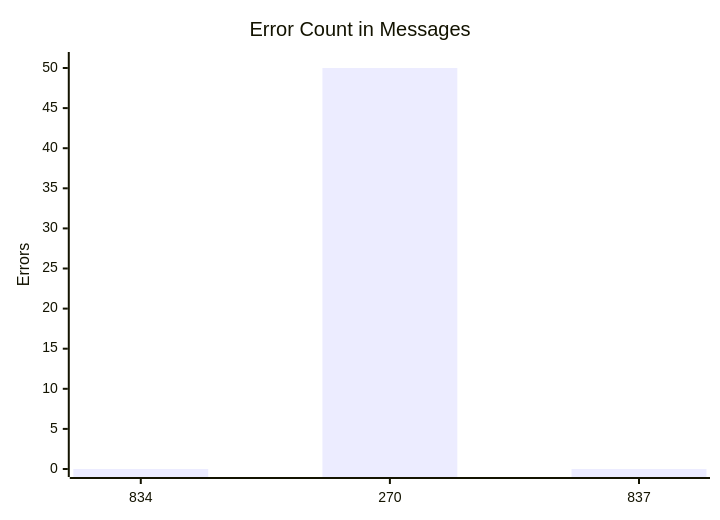
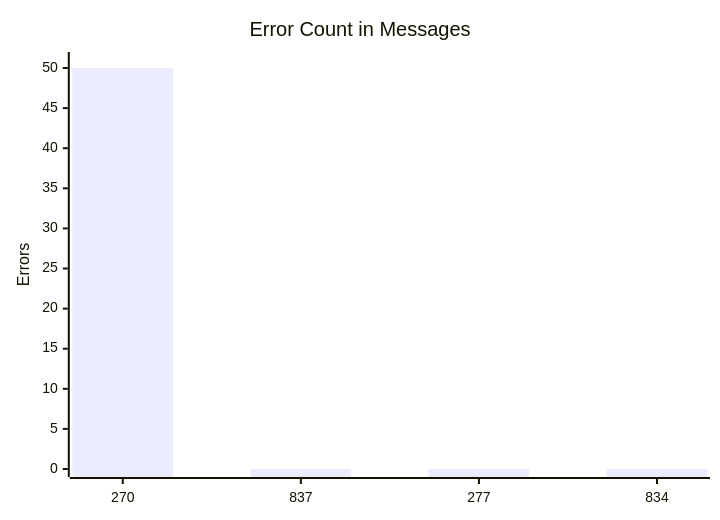
The third of 10 diagrams in test-tools/DataGen/src/Statistics_Visualizer.md (dhagan-va/intern-2025), drawn with Mermaid before and after one commit. The commit also changed other lines of this file, not shown here.

````diff
--- a/test-tools/DataGen/src/Statistics_Visualizer.md
+++ b/test-tools/DataGen/src/Statistics_Visualizer.md
@@ -38,7 +39,7 @@
 ```mermaid
 xychart-beta
     title "Error Count in Messages"
-    x-axis ["834", "270", "837"]
+    x-axis ["270", "837", "277", "834"]
     y-axis "Errors" 0 --> 51
-    bar [0, 50, 0]
+    bar [50, 0, 0, 0]
 ```
````
